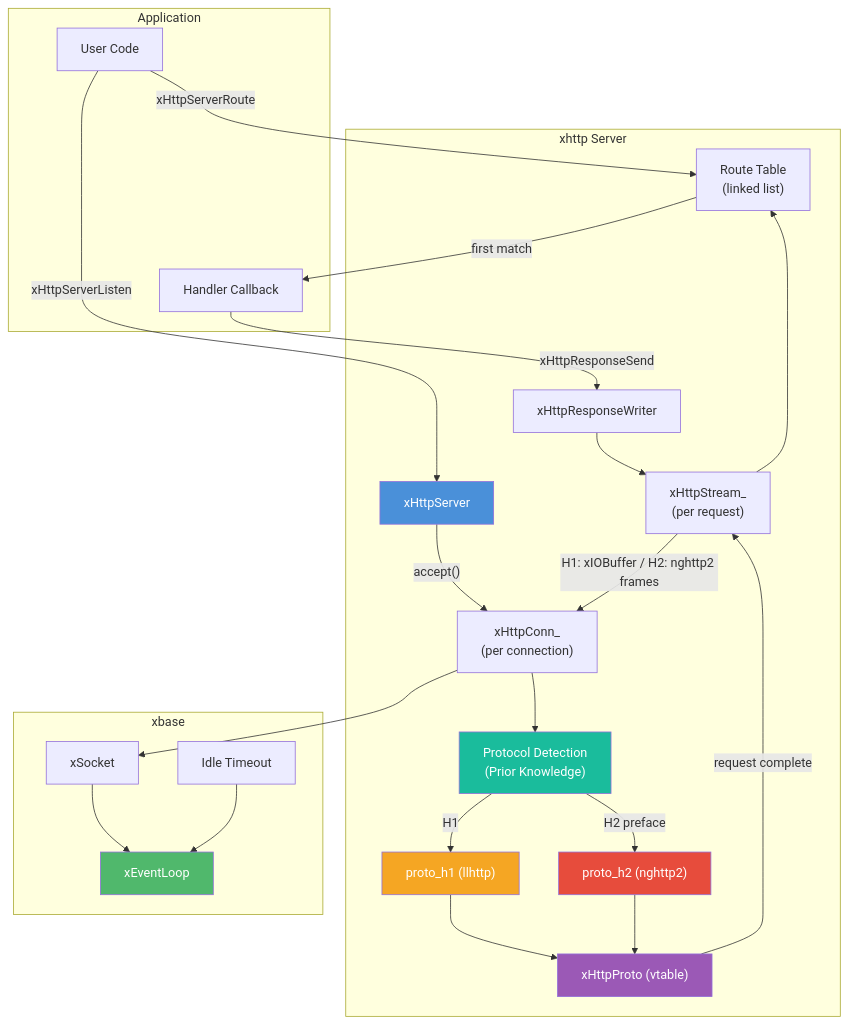
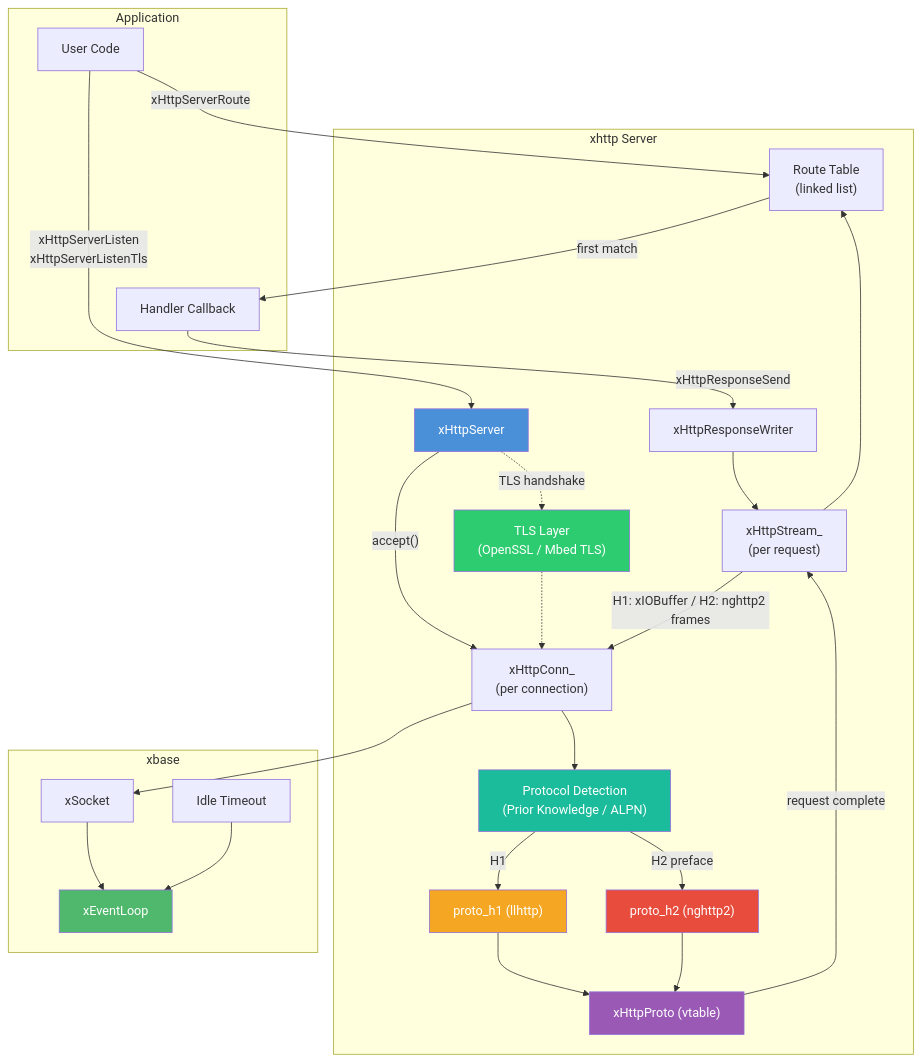
One commit to mivinci/DownloadKit changed the first of 4 diagrams in docs/xhttp/server.md. Above: the diagram before and after it, drawn with Mermaid. The commit also changed other lines of this file and 53 other files, not shown here.

First line of the commit message:
feat(xhttp): transport layer refactor, TLS support, code cleanup

````diff
--- a/docs/xhttp/server.md
+++ b/docs/xhttp/server.md
@@ -23,50 +25,54 @@
 ```mermaid
 graph TD
     subgraph "Application"
         APP["User Code"]
         HANDLER["Handler Callback"]
     end
 
     subgraph "xhttp Server"
         SERVER["xHttpServer"]
+        TLS["TLS Layer<br/>(OpenSSL / Mbed TLS)"]
         ROUTER["Route Table<br/>(linked list)"]
         CONN["xHttpConn_<br/>(per connection)"]
-        DETECT["Protocol Detection<br/>(Prior Knowledge)"]
+        DETECT["Protocol Detection<br/>(Prior Knowledge / ALPN)"]
         PROTO["xHttpProto (vtable)"]
         PARSER_H1["proto_h1 (llhttp)"]
         PARSER_H2["proto_h2 (nghttp2)"]
         STREAM["xHttpStream_<br/>(per request)"]
         WRITER["xHttpResponseWriter"]
     end
 
     subgraph "xbase"
         LOOP["xEventLoop"]
         SOCK["xSocket"]
         TIMER["Idle Timeout"]
     end
 
     APP -->|"xHttpServerRoute"| ROUTER
-    APP -->|"xHttpServerListen"| SERVER
+    APP -->|"xHttpServerListen<br/>xHttpServerListenTls"| SERVER
     SERVER -->|"accept()"| CONN
+    SERVER -.->|"TLS handshake"| TLS
+    TLS -.-> CONN
     CONN --> DETECT
     DETECT -->|"H1"| PARSER_H1
     DETECT -->|"H2 preface"| PARSER_H2
     PARSER_H1 --> PROTO
     PARSER_H2 --> PROTO
     PROTO -->|"request complete"| STREAM
     STREAM --> ROUTER
     ROUTER -->|"first match"| HANDLER
     HANDLER -->|"xHttpResponseSend"| WRITER
     WRITER --> STREAM
     STREAM -->|"H1: xIOBuffer / H2: nghttp2 frames"| CONN
     CONN --> SOCK
     SOCK --> LOOP
     TIMER --> LOOP
 
     style SERVER fill:#4a90d9,color:#fff
     style LOOP fill:#50b86c,color:#fff
     style PROTO fill:#9b59b6,color:#fff
     style PARSER_H1 fill:#f5a623,color:#fff
     style PARSER_H2 fill:#e74c3c,color:#fff
     style DETECT fill:#1abc9c,color:#fff
+    style TLS fill:#2ecc71,color:#fff
 ```
````
